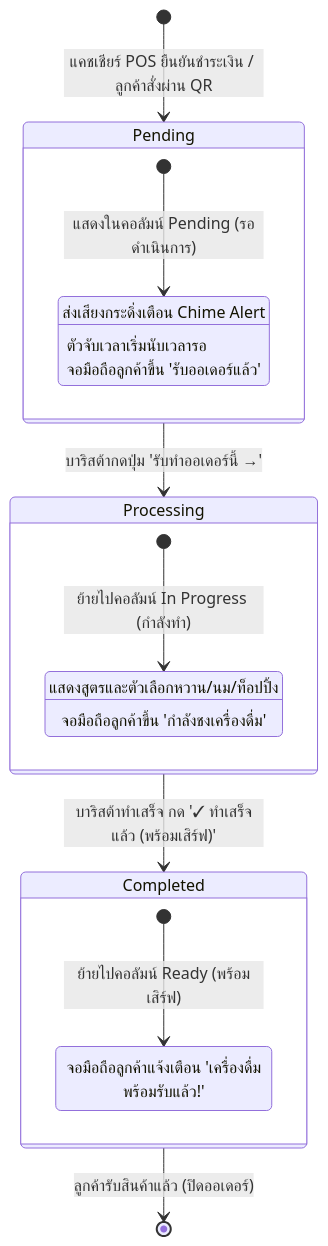
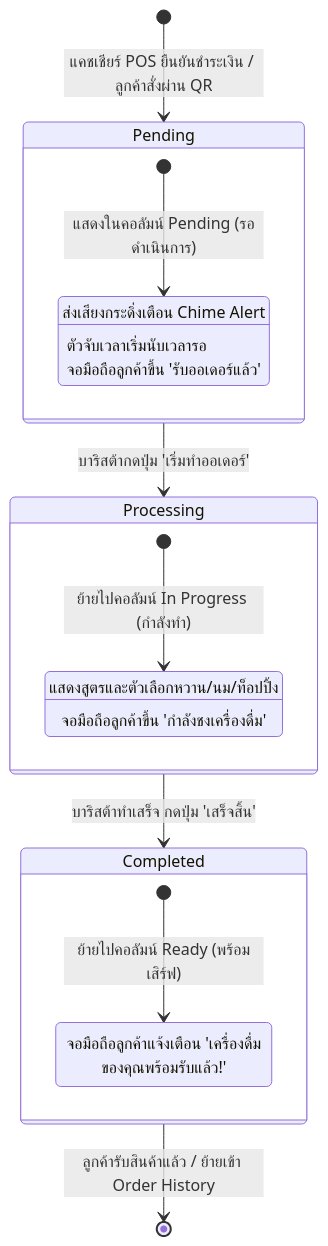
The second of 2 diagrams in figma page/order_lifecycle_diagram.md (AkashiZai/jamal), drawn with Mermaid before and after one commit. The commit also changed other lines of this file, not shown here.

Commit message:
updated order_lifecycle_diagram

````diff
--- a/figma page/order_lifecycle_diagram.md
+++ b/figma page/order_lifecycle_diagram.md
@@ -46,28 +62,28 @@
 ```mermaid
 stateDiagram-v2
     [*] --> Pending: แคชเชียร์ POS ยืนยันชำระเงิน / ลูกค้าสั่งผ่าน QR
     
     state Pending {
         [*] --> InQueue: แสดงในคอลัมน์ Pending (รอดำเนินการ)
         InQueue: ส่งเสียงกระดิ่งเตือน Chime Alert
         InQueue: ตัวจับเวลาเริ่มนับเวลารอ
         InQueue: จอมือถือลูกค้าขึ้น 'รับออเดอร์แล้ว'
     }
 
-    Pending --> Processing: บาริสต้ากดปุ่ม 'รับทำออเดอร์นี้ →'
+    Pending --> Processing: บาริสต้ากดปุ่ม 'เริ่มทำออเดอร์'
     
     state Processing {
         [*] --> Brewing: ย้ายไปคอลัมน์ In Progress (กำลังทำ)
         Brewing: แสดงสูตรและตัวเลือกหวาน/นม/ท็อปปิ้ง
         Brewing: จอมือถือลูกค้าขึ้น 'กำลังชงเครื่องดื่ม'
     }
 
-    Processing --> Completed: บาริสต้าทำเสร็จ กด '✓ ทำเสร็จแล้ว (พร้อมเสิร์ฟ)'
+    Processing --> Completed: บาริสต้าทำเสร็จ กดปุ่ม 'เสร็จสิ้น'
     
     state Completed {
         [*] --> Ready: ย้ายไปคอลัมน์ Ready (พร้อมเสิร์ฟ)
-        Ready: จอมือถือลูกค้าแจ้งเตือน 'เครื่องดื่มพร้อมรับแล้ว!'
+        Ready: จอมือถือลูกค้าแจ้งเตือน 'เครื่องดื่มของคุณพร้อมรับแล้ว!'
     }
 
-    Completed --> [*]: ลูกค้ารับสินค้าแล้ว (ปิดออเดอร์)
+    Completed --> [*]: ลูกค้ารับสินค้าแล้ว / ย้ายเข้า Order History
 ```
````
